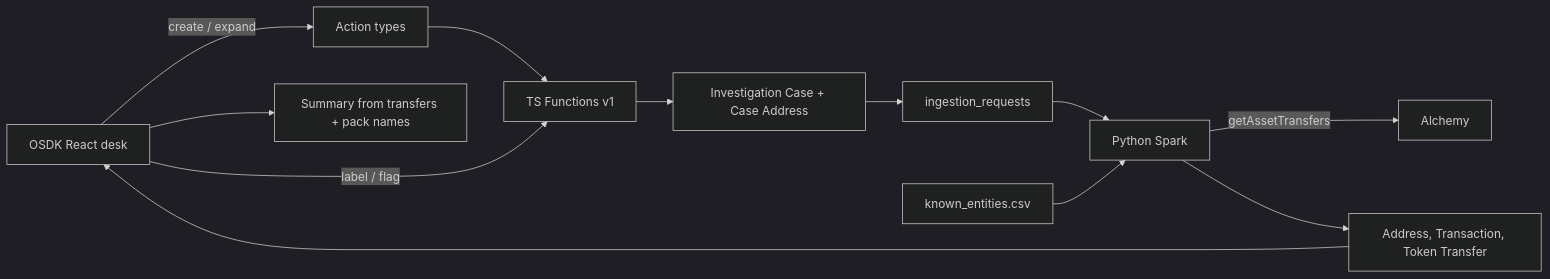
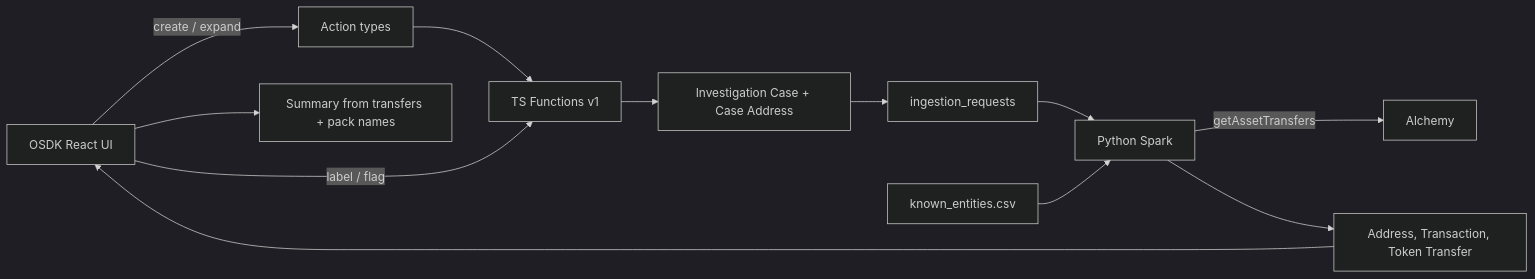
Before and after one commit to ygorz/rensic: the diagram in docs/architecture.md, drawn with Mermaid (dark theme). The commit also changed other lines of this file and 20 other files, not shown here.

````diff
--- a/docs/architecture.md
+++ b/docs/architecture.md
@@ -13,14 +13,14 @@
 ```mermaid
 flowchart LR
-  Desk[OSDK React desk] -->|create / expand| Actions[Action types]
+  UI[OSDK React UI] -->|create / expand| Actions[Action types]
   Actions --> Fns[TS Functions v1]
   Fns --> Case[Investigation Case + Case Address]
   Case --> Req[ingestion_requests]
   Req --> Spark[Python Spark]
   Spark -->|getAssetTransfers| Alchemy[Alchemy]
   Pack[known_entities.csv] --> Spark
   Spark --> Objects[Address, Transaction, Token Transfer]
-  Objects --> Desk
-  Desk -->|label / flag| Fns
-  Desk --> Summary[Summary from transfers + pack names]
+  Objects --> UI
+  UI -->|label / flag| Fns
+  UI --> Summary[Summary from transfers + pack names]
 ```
````
